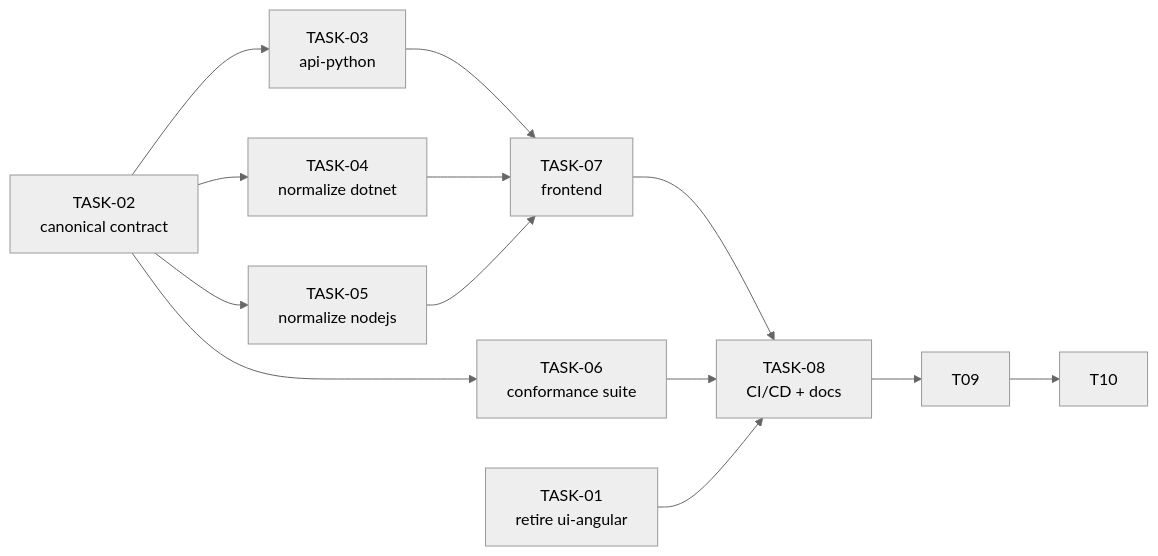
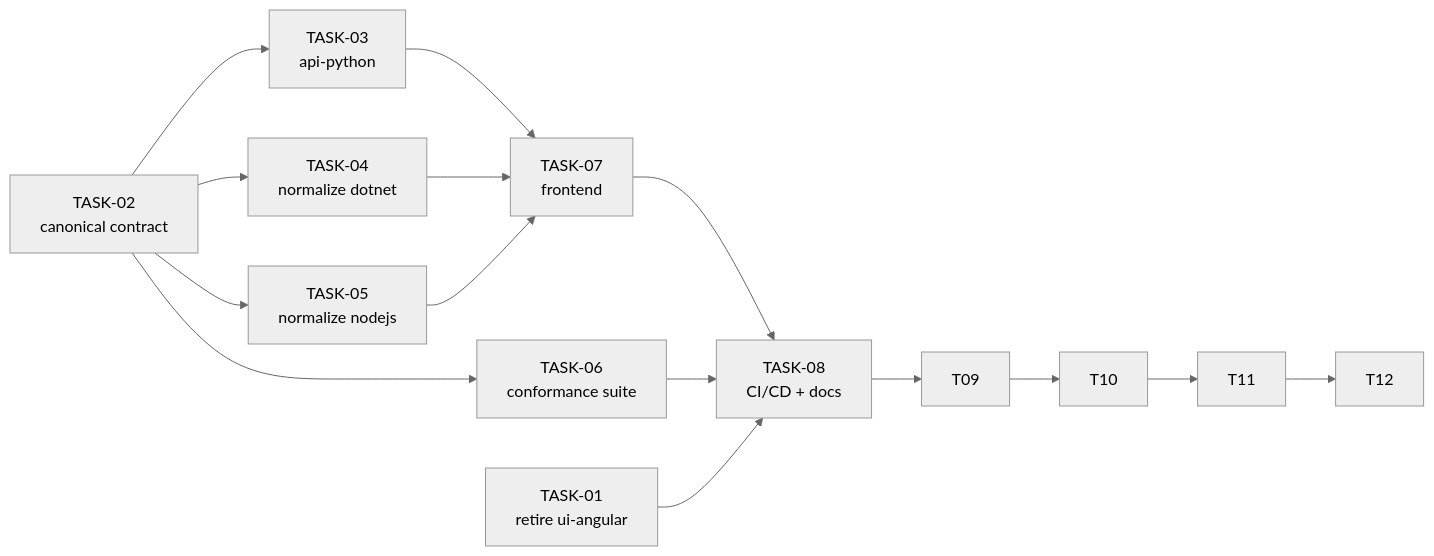
One commit to RegExTester/regex-tester changed the diagram in docs/tasks/README.md. Above: the diagram before and after it, drawn with Mermaid (neutral theme). The commit also changed other lines of this file and 2 other files, not shown here.

````diff
--- a/docs/tasks/README.md
+++ b/docs/tasks/README.md
@@ -20,20 +22,21 @@
 ```mermaid
 graph LR
   T01[TASK-01<br/>retire ui-angular]
   T02[TASK-02<br/>canonical contract]
   T03[TASK-03<br/>api-python]
   T04[TASK-04<br/>normalize dotnet]
   T05[TASK-05<br/>normalize nodejs]
   T06[TASK-06<br/>conformance suite]
   T07[TASK-07<br/>frontend]
   T08[TASK-08<br/>CI/CD + docs]
 
   T02 --> T03 --> T07
   T02 --> T04 --> T07
   T02 --> T05 --> T07
   T02 --> T06
   T07 --> T08
   T06 --> T08
   T01 --> T08
   T08 --> T09 --> T10
+  T10 --> T11 --> T12
 ```
````
